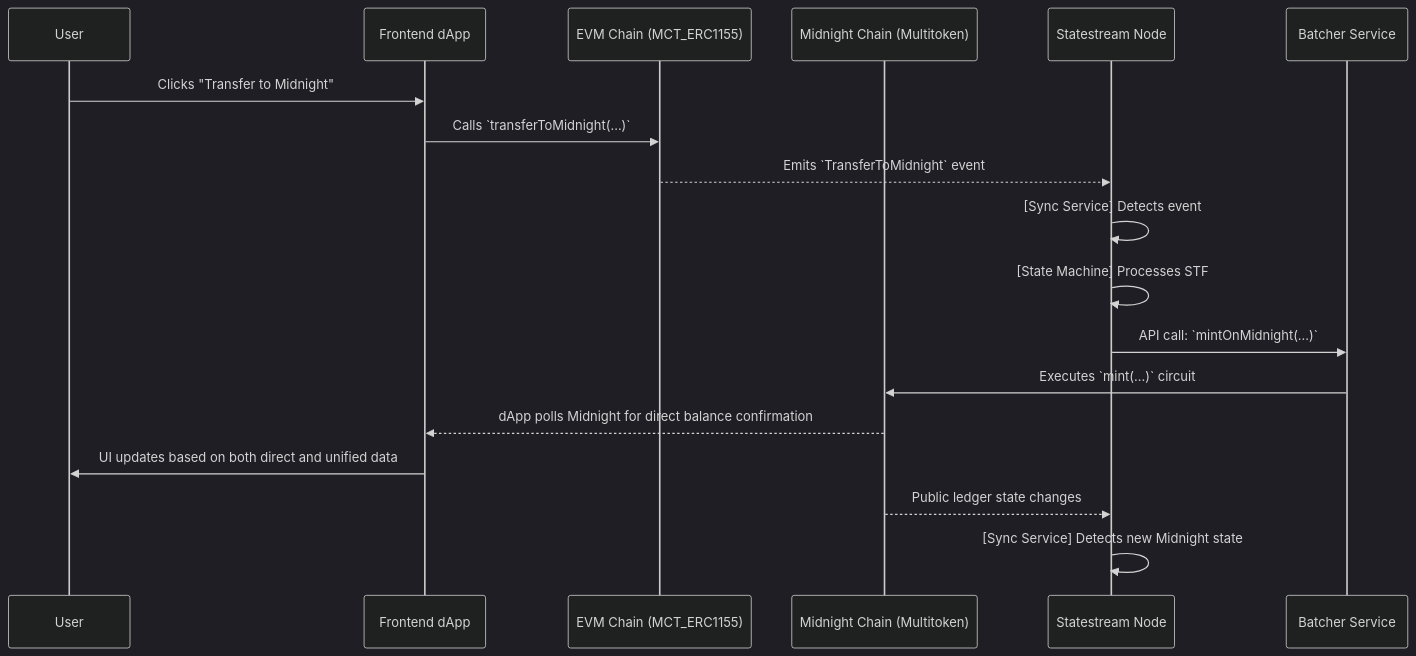
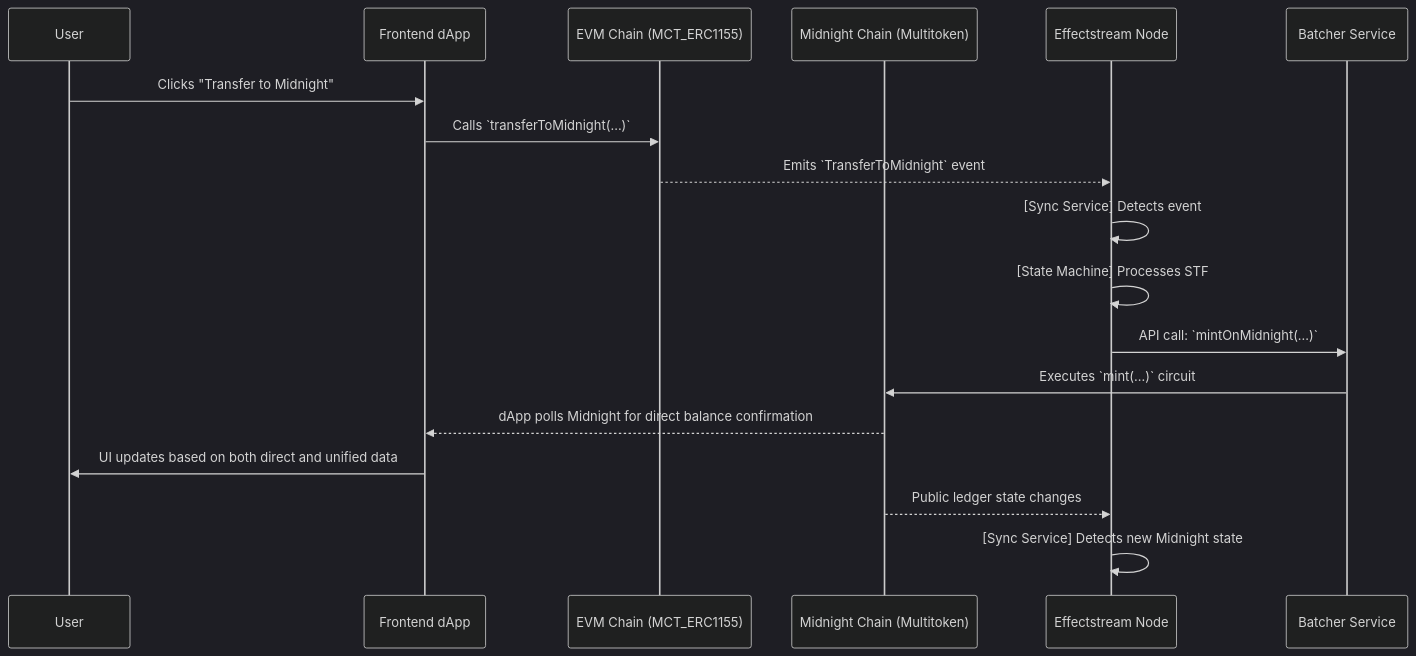
One commit to effectstream/effectstream changed the diagram in docs/site/docs/home/1200-templates/1204-multi-chain-swap.md. Above: the diagram before and after it, drawn with Mermaid (dark theme). The commit also changed other lines of this file and 600 other files, not shown here.

````diff
--- a/docs/site/docs/home/1200-templates/1204-multi-chain-swap.md
+++ b/docs/site/docs/home/1200-templates/1204-multi-chain-swap.md
@@ -60,26 +60,26 @@
 ```mermaid
 sequenceDiagram
     participant User
     participant Frontend dApp
     participant EVM Chain (MCT_ERC1155)
     participant Midnight Chain (Multitoken)
-    participant Statestream Node
+    participant Effectstream Node
     participant Batcher Service
 
     User->>Frontend dApp: Clicks "Transfer to Midnight"
     Frontend dApp->>EVM Chain (MCT_ERC1155): Calls `transferToMidnight(...)`
-    EVM Chain (MCT_ERC1155)-->>Statestream Node: Emits `TransferToMidnight` event
+    EVM Chain (MCT_ERC1155)-->>Effectstream Node: Emits `TransferToMidnight` event
 
-    Statestream Node->>Statestream Node: [Sync Service] Detects event
-    Statestream Node->>Statestream Node: [State Machine] Processes STF
-    Statestream Node->>Batcher Service: API call: `mintOnMidnight(...)`
+    Effectstream Node->>Effectstream Node: [Sync Service] Detects event
+    Effectstream Node->>Effectstream Node: [State Machine] Processes STF
+    Effectstream Node->>Batcher Service: API call: `mintOnMidnight(...)`
 
     Batcher Service->>Midnight Chain (Multitoken): Executes `mint(...)` circuit
 
     Midnight Chain (Multitoken)-->>Frontend dApp: dApp polls Midnight for direct balance confirmation
     Frontend dApp->>User: UI updates based on both direct and unified data
 
-    Midnight Chain (Multitoken)-->>Statestream Node: Public ledger state changes
+    Midnight Chain (Multitoken)-->>Effectstream Node: Public ledger state changes
 
-    Statestream Node->>Statestream Node: [Sync Service] Detects new Midnight state
+    Effectstream Node->>Effectstream Node: [Sync Service] Detects new Midnight state
 ```
````
